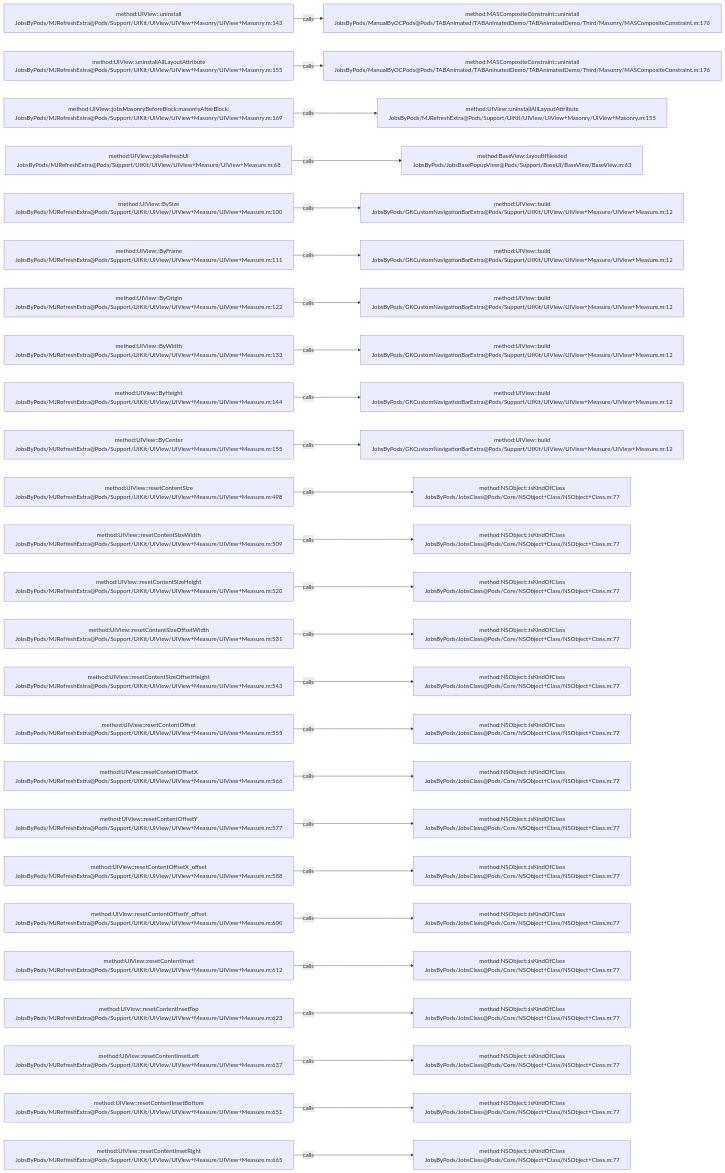
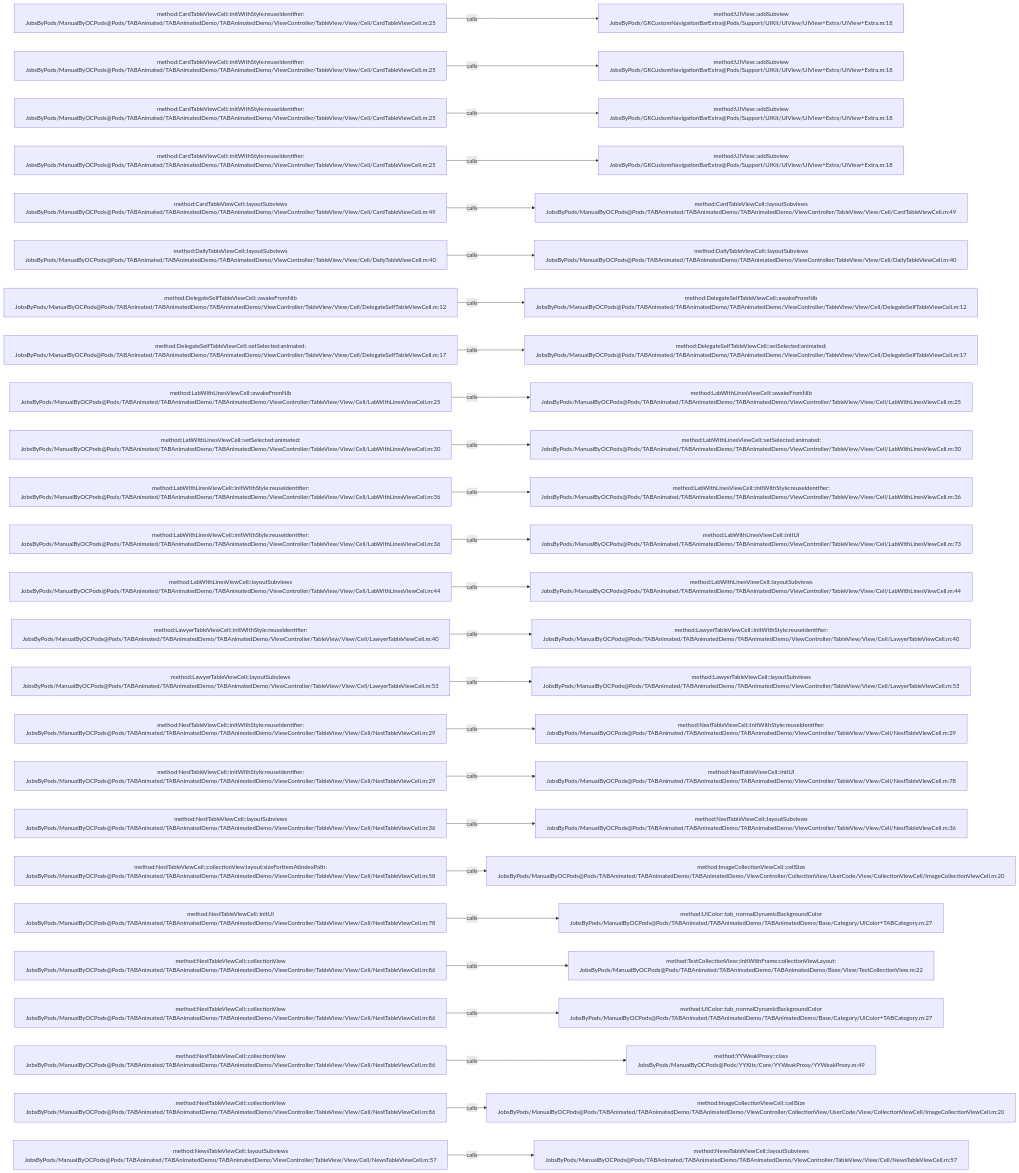
One commit to JobsKits/JobsOCBaseConfigDemo changed the diagram in .codegraph/codegraph.md/graphs/calls-174.md. Above: the diagram before and after it, drawn with Mermaid. The commit also changed 573 other files, not shown here.

````diff
--- a/.codegraph/codegraph.md/graphs/calls-174.md
+++ b/.codegraph/codegraph.md/graphs/calls-174.md
@@ -13,78 +13,78 @@
 ```mermaid
 flowchart LR
-  S1["method:UIView::uninstall<br/>JobsByPods/MJRefreshExtra@Pods/Support/UIKit/UIView/UIView+Masonry/UIView+Masonry.m:143"]
-  T1["method:MASCompositeConstraint::uninstall<br/>JobsByPods/ManualByOCPods@Pods/TABAnimated/TABAnimatedDemo/TABAnimatedDemo/Third/Masonry/MASCompositeConstraint.m:176"]
+  S1["method:CardTableViewCell::initWithStyle:reuseIdentifier:<br/>JobsByPods/ManualByOCPods@Pods/TABAnimated/TABAnimatedDemo/TABAnimatedDemo/ViewController/TableView/View/Cell/CardTableViewCell.m:25"]
+  T1["method:UIView::addSubview<br/>JobsByPods/GKCustomNavigationBarExtra@Pods/Support/UIKit/UIView/UIView+Extra/UIView+Extra.m:18"]
   S1 -->|calls| T1
-  S2["method:UIView::uninstallAllLayoutAttribute<br/>JobsByPods/MJRefreshExtra@Pods/Support/UIKit/UIView/UIView+Masonry/UIView+Masonry.m:155"]
-  T2["method:MASCompositeConstraint::uninstall<br/>JobsByPods/ManualByOCPods@Pods/TABAnimated/TABAnimatedDemo/TABAnimatedDemo/Third/Masonry/MASCompositeConstraint.m:176"]
+  S2["method:CardTableViewCell::initWithStyle:reuseIdentifier:<br/>JobsByPods/ManualByOCPods@Pods/TABAnimated/TABAnimatedDemo/TABAnimatedDemo/ViewController/TableView/View/Cell/CardTableViewCell.m:25"]
+  T2["method:UIView::addSubview<br/>JobsByPods/GKCustomNavigationBarExtra@Pods/Support/UIKit/UIView/UIView+Extra/UIView+Extra.m:18"]
   S2 -->|calls| T2
-  S3["method:UIView::jobsMasonryBeforeBlock:masonryAfterBlock:<br/>JobsByPods/MJRefreshExtra@Pods/Support/UIKit/UIView/UIView+Masonry/UIView+Masonry.m:169"]
-  T3["method:UIView::uninstallAllLayoutAttribute<br/>JobsByPods/MJRefreshExtra@Pods/Support/UIKit/UIView/UIView+Masonry/UIView+Masonry.m:155"]
+  S3["method:CardTableViewCell::initWithStyle:reuseIdentifier:<br/>JobsByPods/ManualByOCPods@Pods/TABAnimated/TABAnimatedDemo/TABAnimatedDemo/ViewController/TableView/View/Cell/CardTableViewCell.m:25"]
+  T3["method:UIView::addSubview<br/>JobsByPods/GKCustomNavigationBarExtra@Pods/Support/UIKit/UIView/UIView+Extra/UIView+Extra.m:18"]
   S3 -->|calls| T3
-  S4["method:UIView::jobsRefreshUI<br/>JobsByPods/MJRefreshExtra@Pods/Support/UIKit/UIView/UIView+Measure/UIView+Measure.m:68"]
-  T4["method:BaseView::layoutIfNeeded<br/>JobsByPods/JobsBasePopupView@Pods/Support/BaseUI/BaseView/BaseView.m:63"]
+  S4["method:CardTableViewCell::initWithStyle:reuseIdentifier:<br/>JobsByPods/ManualByOCPods@Pods/TABAnimated/TABAnimatedDemo/TABAnimatedDemo/ViewController/TableView/View/Cell/CardTableViewCell.m:25"]
+  T4["method:UIView::addSubview<br/>JobsByPods/GKCustomNavigationBarExtra@Pods/Support/UIKit/UIView/UIView+Extra/UIView+Extra.m:18"]
   S4 -->|calls| T4
-  S5["method:UIView::BySize<br/>JobsByPods/MJRefreshExtra@Pods/Support/UIKit/UIView/UIView+Measure/UIView+Measure.m:100"]
-  T5["method:UIView::build<br/>JobsByPods/GKCustomNavigationBarExtra@Pods/Support/UIKit/UIView/UIView+Measure/UIView+Measure.m:12"]
+  S5["method:CardTableViewCell::layoutSubviews<br/>JobsByPods/ManualByOCPods@Pods/TABAnimated/TABAnimatedDemo/TABAnimatedDemo/ViewController/TableView/View/Cell/CardTableViewCell.m:49"]
+  T5["method:CardTableViewCell::layoutSubviews<br/>JobsByPods/ManualByOCPods@Pods/TABAnimated/TABAnimatedDemo/TABAnimatedDemo/ViewController/TableView/View/Cell/CardTableViewCell.m:49"]
   S5 -->|calls| T5
-  S6["method:UIView::ByFrame<br/>JobsByPods/MJRefreshExtra@Pods/Support/UIKit/UIView/UIView+Measure/UIView+Measure.m:111"]
-  T6["method:UIView::build<br/>JobsByPods/GKCustomNavigationBarExtra@Pods/Support/UIKit/UIView/UIView+Measure/UIView+Measure.m:12"]
+  S6["method:DailyTableViewCell::layoutSubviews<br/>JobsByPods/ManualByOCPods@Pods/TABAnimated/TABAnimatedDemo/TABAnimatedDemo/ViewController/TableView/View/Cell/DailyTableViewCell.m:40"]
+  T6["method:DailyTableViewCell::layoutSubviews<br/>JobsByPods/ManualByOCPods@Pods/TABAnimated/TABAnimatedDemo/TABAnimatedDemo/ViewController/TableView/View/Cell/DailyTableViewCell.m:40"]
   S6 -->|calls| T6
-  S7["method:UIView::ByOrigin<br/>JobsByPods/MJRefreshExtra@Pods/Support/UIKit/UIView/UIView+Measure/UIView+Measure.m:122"]
-  T7["method:UIView::build<br/>JobsByPods/GKCustomNavigationBarExtra@Pods/Support/UIKit/UIView/UIView+Measure/UIView+Measure.m:12"]
+  S7["method:DelegateSelfTableViewCell::awakeFromNib<br/>JobsByPods/ManualByOCPods@Pods/TABAnimated/TABAnimatedDemo/TABAnimatedDemo/ViewController/TableView/View/Cell/DelegateSelfTableViewCell.m:12"]
+  T7["method:DelegateSelfTableViewCell::awakeFromNib<br/>JobsByPods/ManualByOCPods@Pods/TABAnimated/TABAnimatedDemo/TABAnimatedDemo/ViewController/TableView/View/Cell/DelegateSelfTableViewCell.m:12"]
   S7 -->|calls| T7
-  S8["method:UIView::ByWidth<br/>JobsByPods/MJRefreshExtra@Pods/Support/UIKit/UIView/UIView+Measure/UIView+Measure.m:133"]
-  T8["method:UIView::build<br/>JobsByPods/GKCustomNavigationBarExtra@Pods/Support/UIKit/UIView/UIView+Measure/UIView+Measure.m:12"]
+  S8["method:DelegateSelfTableViewCell::setSelected:animated:<br/>JobsByPods/ManualByOCPods@Pods/TABAnimated/TABAnimatedDemo/TABAnimatedDemo/ViewController/TableView/View/Cell/DelegateSelfTableViewCell.m:17"]
+  T8["method:DelegateSelfTableViewCell::setSelected:animated:<br/>JobsByPods/ManualByOCPods@Pods/TABAnimated/TABAnimatedDemo/TABAnimatedDemo/ViewController/TableView/View/Cell/DelegateSelfTableViewCell.m:17"]
   S8 -->|calls| T8
-  S9["method:UIView::ByHeight<br/>JobsByPods/MJRefreshExtra@Pods/Support/UIKit/UIView/UIView+Measure/UIView+Measure.m:144"]
-  T9["method:UIView::build<br/>JobsByPods/GKCustomNavigationBarExtra@Pods/Support/UIKit/UIView/UIView+Measure/UIView+Measure.m:12"]
+  S9["method:LabWithLinesViewCell::awakeFromNib<br/>JobsByPods/ManualByOCPods@Pods/TABAnimated/TABAnimatedDemo/TABAnimatedDemo/ViewController/TableView/View/Cell/LabWithLinesViewCell.m:25"]
+  T9["method:LabWithLinesViewCell::awakeFromNib<br/>JobsByPods/ManualByOCPods@Pods/TABAnimated/TABAnimatedDemo/TABAnimatedDemo/ViewController/TableView/View/Cell/LabWithLinesViewCell.m:25"]
   S9 -->|calls| T9
-  S10["method:UIView::ByCenter<br/>JobsByPods/MJRefreshExtra@Pods/Support/UIKit/UIView/UIView+Measure/UIView+Measure.m:155"]
-  T10["method:UIView::build<br/>JobsByPods/GKCustomNavigationBarExtra@Pods/Support/UIKit/UIView/UIView+Measure/UIView+Measure.m:12"]
+  S10["method:LabWithLinesViewCell::setSelected:animated:<br/>JobsByPods/ManualByOCPods@Pods/TABAnimated/TABAnimatedDemo/TABAnimatedDemo/ViewController/TableView/View/Cell/LabWithLinesViewCell.m:30"]
+  T10["method:LabWithLinesViewCell::setSelected:animated:<br/>JobsByPods/ManualByOCPods@Pods/TABAnimated/TABAnimatedDemo/TABAnimatedDemo/ViewController/TableView/View/Cell/LabWithLinesViewCell.m:30"]
   S10 -->|calls| T10
-  S11["method:UIView::resetContentSize<br/>JobsByPods/MJRefreshExtra@Pods/Support/UIKit/UIView/UIView+Measure/UIView+Measure.m:498"]
-  T11["method:NSObject::isKindOfClass<br/>JobsByPods/JobsClass@Pods/Core/NSObject+Class/NSObject+Class.m:77"]
+  S11["method:LabWithLinesViewCell::initWithStyle:reuseIdentifier:<br/>JobsByPods/ManualByOCPods@Pods/TABAnimated/TABAnimatedDemo/TABAnimatedDemo/ViewController/TableView/View/Cell/LabWithLinesViewCell.m:36"]
+  T11["method:LabWithLinesViewCell::initWithStyle:reuseIdentifier:<br/>JobsByPods/ManualByOCPods@Pods/TABAnimated/TABAnimatedDemo/TABAnimatedDemo/ViewController/TableView/View/Cell/LabWithLinesViewCell.m:36"]
   S11 -->|calls| T11
-  S12["method:UIView::resetContentSizeWidth<br/>JobsByPods/MJRefreshExtra@Pods/Support/UIKit/UIView/UIView+Measure/UIView+Measure.m:509"]
-  T12["method:NSObject::isKindOfClass<br/>JobsByPods/JobsClass@Pods/Core/NSObject+Class/NSObject+Class.m:77"]
+  S12["method:LabWithLinesViewCell::initWithStyle:reuseIdentifier:<br/>JobsByPods/ManualByOCPods@Pods/TABAnimated/TABAnimatedDemo/TABAnimatedDemo/ViewController/TableView/View/Cell/LabWithLinesViewCell.m:36"]
+  T12["method:LabWithLinesViewCell::initUI<br/>JobsByPods/ManualByOCPods@Pods/TABAnimated/TABAnimatedDemo/TABAnimatedDemo/ViewController/TableView/View/Cell/LabWithLinesViewCell.m:73"]
   S12 -->|calls| T12
-  S13["method:UIView::resetContentSizeHeight<br/>JobsByPods/MJRefreshExtra@Pods/Support/UIKit/UIView/UIView+Measure/UIView+Measure.m:520"]
-  T13["method:NSObject::isKindOfClass<br/>JobsByPods/JobsClass@Pods/Core/NSObject+Class/NSObject+Class.m:77"]
+  S13["method:LabWithLinesViewCell::layoutSubviews<br/>JobsByPods/ManualByOCPods@Pods/TABAnimated/TABAnimatedDemo/TABAnimatedDemo/ViewController/TableView/View/Cell/LabWithLinesViewCell.m:44"]
+  T13["method:LabWithLinesViewCell::layoutSubviews<br/>JobsByPods/ManualByOCPods@Pods/TABAnimated/TABAnimatedDemo/TABAnimatedDemo/ViewController/TableView/View/Cell/LabWithLinesViewCell.m:44"]
   S13 -->|calls| T13
-  S14["method:UIView::resetContentSizeOffsetWidth<br/>JobsByPods/MJRefreshExtra@Pods/Support/UIKit/UIView/UIView+Measure/UIView+Measure.m:531"]
-  T14["method:NSObject::isKindOfClass<br/>JobsByPods/JobsClass@Pods/Core/NSObject+Class/NSObject+Class.m:77"]
+  S14["method:LawyerTableViewCell::initWithStyle:reuseIdentifier:<br/>JobsByPods/ManualByOCPods@Pods/TABAnimated/TABAnimatedDemo/TABAnimatedDemo/ViewController/TableView/View/Cell/LawyerTableViewCell.m:40"]
+  T14["method:LawyerTableViewCell::initWithStyle:reuseIdentifier:<br/>JobsByPods/ManualByOCPods@Pods/TABAnimated/TABAnimatedDemo/TABAnimatedDemo/ViewController/TableView/View/Cell/LawyerTableViewCell.m:40"]
   S14 -->|calls| T14
-  S15["method:UIView::resetContentSizeOffsetHeight<br/>JobsByPods/MJRefreshExtra@Pods/Support/UIKit/UIView/UIView+Measure/UIView+Measure.m:543"]
-  T15["method:NSObject::isKindOfClass<br/>JobsByPods/JobsClass@Pods/Core/NSObject+Class/NSObject+Class.m:77"]
+  S15["method:LawyerTableViewCell::layoutSubviews<br/>JobsByPods/ManualByOCPods@Pods/TABAnimated/TABAnimatedDemo/TABAnimatedDemo/ViewController/TableView/View/Cell/LawyerTableViewCell.m:53"]
+  T15["method:LawyerTableViewCell::layoutSubviews<br/>JobsByPods/ManualByOCPods@Pods/TABAnimated/TABAnimatedDemo/TABAnimatedDemo/ViewController/TableView/View/Cell/LawyerTableViewCell.m:53"]
   S15 -->|calls| T15
-  S16["method:UIView::resetContentOffset<br/>JobsByPods/MJRefreshExtra@Pods/Support/UIKit/UIView/UIView+Measure/UIView+Measure.m:555"]
-  T16["method:NSObject::isKindOfClass<br/>JobsByPods/JobsClass@Pods/Core/NSObject+Class/NSObject+Class.m:77"]
+  S16["method:NestTableViewCell::initWithStyle:reuseIdentifier:<br/>JobsByPods/ManualByOCPods@Pods/TABAnimated/TABAnimatedDemo/TABAnimatedDemo/ViewController/TableView/View/Cell/NestTableViewCell.m:29"]
+  T16["method:NestTableViewCell::initWithStyle:reuseIdentifier:<br/>JobsByPods/ManualByOCPods@Pods/TABAnimated/TABAnimatedDemo/TABAnimatedDemo/ViewController/TableView/View/Cell/NestTableViewCell.m:29"]
   S16 -->|calls| T16
-  S17["method:UIView::resetContentOffsetX<br/>JobsByPods/MJRefreshExtra@Pods/Support/UIKit/UIView/UIView+Measure/UIView+Measure.m:566"]
-  T17["method:NSObject::isKindOfClass<br/>JobsByPods/JobsClass@Pods/Core/NSObject+Class/NSObject+Class.m:77"]
+  S17["method:NestTableViewCell::initWithStyle:reuseIdentifier:<br/>JobsByPods/ManualByOCPods@Pods/TABAnimated/TABAnimatedDemo/TABAnimatedDemo/ViewController/TableView/View/Cell/NestTableViewCell.m:29"]
+  T17["method:NestTableViewCell::initUI<br/>JobsByPods/ManualByOCPods@Pods/TABAnimated/TABAnimatedDemo/TABAnimatedDemo/ViewController/TableView/View/Cell/NestTableViewCell.m:78"]
   S17 -->|calls| T17
-  S18["method:UIView::resetContentOffsetY<br/>JobsByPods/MJRefreshExtra@Pods/Support/UIKit/UIView/UIView+Measure/UIView+Measure.m:577"]
-  T18["method:NSObject::isKindOfClass<br/>JobsByPods/JobsClass@Pods/Core/NSObject+Class/NSObject+Class.m:77"]
+  S18["method:NestTableViewCell::layoutSubviews<br/>JobsByPods/ManualByOCPods@Pods/TABAnimated/TABAnimatedDemo/TABAnimatedDemo/ViewController/TableView/View/Cell/NestTableViewCell.m:36"]
+  T18["method:NestTableViewCell::layoutSubviews<br/>JobsByPods/ManualByOCPods@Pods/TABAnimated/TABAnimatedDemo/TABAnimatedDemo/ViewController/TableView/View/Cell/NestTableViewCell.m:36"]
   S18 -->|calls| T18
-  S19["method:UIView::resetContentOffsetX_offset<br/>JobsByPods/MJRefreshExtra@Pods/Support/UIKit/UIView/UIView+Measure/UIView+Measure.m:588"]
-  T19["method:NSObject::isKindOfClass<br/>JobsByPods/JobsClass@Pods/Core/NSObject+Class/NSObject+Class.m:77"]
+  S19["method:NestTableViewCell::collectionView:layout:sizeForItemAtIndexPath:<br/>JobsByPods/ManualByOCPods@Pods/TABAnimated/TABAnimatedDemo/TABAnimatedDemo/ViewController/TableView/View/Cell/NestTableViewCell.m:58"]
+  T19["method:ImageCollectionViewCell::cellSize<br/>JobsByPods/ManualByOCPods@Pods/TABAnimated/TABAnimatedDemo/TABAnimatedDemo/ViewController/CollectionView/UserCode/View/CollectionViewCell/ImageCollectionViewCell.m:20"]
   S19 -->|calls| T19
-  S20["method:UIView::resetContentOffsetY_offset<br/>JobsByPods/MJRefreshExtra@Pods/Support/UIKit/UIView/UIView+Measure/UIView+Measure.m:600"]
-  T20["method:NSObject::isKindOfClass<br/>JobsByPods/JobsClass@Pods/Core/NSObject+Class/NSObject+Class.m:77"]
+  S20["method:NestTableViewCell::initUI<br/>JobsByPods/ManualByOCPods@Pods/TABAnimated/TABAnimatedDemo/TABAnimatedDemo/ViewController/TableView/View/Cell/NestTableViewCell.m:78"]
+  T20["method:UIColor::tab_normalDynamicBackgroundColor<br/>JobsByPods/ManualByOCPods@Pods/TABAnimated/TABAnimatedDemo/TABAnimatedDemo/Base/Category/UIColor+TABCategory.m:27"]
   S20 -->|calls| T20
-  S21["method:UIView::resetContentInset<br/>JobsByPods/MJRefreshExtra@Pods/Support/UIKit/UIView/UIView+Measure/UIView+Measure.m:612"]
-  T21["method:NSObject::isKindOfClass<br/>JobsByPods/JobsClass@Pods/Core/NSObject+Class/NSObject+Class.m:77"]
+  S21["method:NestTableViewCell::collectionView<br/>JobsByPods/ManualByOCPods@Pods/TABAnimated/TABAnimatedDemo/TABAnimatedDemo/ViewController/TableView/View/Cell/NestTableViewCell.m:86"]
+  T21["method:TestCollectionView::initWithFrame:collectionViewLayout:<br/>JobsByPods/ManualByOCPods@Pods/TABAnimated/TABAnimatedDemo/TABAnimatedDemo/Base/View/TestCollectionView.m:22"]
   S21 -->|calls| T21
-  S22["method:UIView::resetContentInsetTop<br/>JobsByPods/MJRefreshExtra@Pods/Support/UIKit/UIView/UIView+Measure/UIView+Measure.m:623"]
-  T22["method:NSObject::isKindOfClass<br/>JobsByPods/JobsClass@Pods/Core/NSObject+Class/NSObject+Class.m:77"]
+  S22["method:NestTableViewCell::collectionView<br/>JobsByPods/ManualByOCPods@Pods/TABAnimated/TABAnimatedDemo/TABAnimatedDemo/ViewController/TableView/View/Cell/NestTableViewCell.m:86"]
+  T22["method:UIColor::tab_normalDynamicBackgroundColor<br/>JobsByPods/ManualByOCPods@Pods/TABAnimated/TABAnimatedDemo/TABAnimatedDemo/Base/Category/UIColor+TABCategory.m:27"]
   S22 -->|calls| T22
-  S23["method:UIView::resetContentInsetLeft<br/>JobsByPods/MJRefreshExtra@Pods/Support/UIKit/UIView/UIView+Measure/UIView+Measure.m:637"]
-  T23["method:NSObject::isKindOfClass<br/>JobsByPods/JobsClass@Pods/Core/NSObject+Class/NSObject+Class.m:77"]
+  S23["method:NestTableViewCell::collectionView<br/>JobsByPods/ManualByOCPods@Pods/TABAnimated/TABAnimatedDemo/TABAnimatedDemo/ViewController/TableView/View/Cell/NestTableViewCell.m:86"]
+  T23["method:YYWeakProxy::class<br/>JobsByPods/ManualByOCPods@Pods/YYKits/Core/YYWeakProxy/YYWeakProxy.m:49"]
   S23 -->|calls| T23
-  S24["method:UIView::resetContentInsetBottom<br/>JobsByPods/MJRefreshExtra@Pods/Support/UIKit/UIView/UIView+Measure/UIView+Measure.m:651"]
-  T24["method:NSObject::isKindOfClass<br/>JobsByPods/JobsClass@Pods/Core/NSObject+Class/NSObject+Class.m:77"]
+  S24["method:NestTableViewCell::collectionView<br/>JobsByPods/ManualByOCPods@Pods/TABAnimated/TABAnimatedDemo/TABAnimatedDemo/ViewController/TableView/View/Cell/NestTableViewCell.m:86"]
+  T24["method:ImageCollectionViewCell::cellSize<br/>JobsByPods/ManualByOCPods@Pods/TABAnimated/TABAnimatedDemo/TABAnimatedDemo/ViewController/CollectionView/UserCode/View/CollectionViewCell/ImageCollectionViewCell.m:20"]
   S24 -->|calls| T24
-  S25["method:UIView::resetContentInsetRight<br/>JobsByPods/MJRefreshExtra@Pods/Support/UIKit/UIView/UIView+Measure/UIView+Measure.m:665"]
-  T25["method:NSObject::isKindOfClass<br/>JobsByPods/JobsClass@Pods/Core/NSObject+Class/NSObject+Class.m:77"]
+  S25["method:NewsTableViewCell::layoutSubviews<br/>JobsByPods/ManualByOCPods@Pods/TABAnimated/TABAnimatedDemo/TABAnimatedDemo/ViewController/TableView/View/Cell/NewsTableViewCell.m:57"]
+  T25["method:NewsTableViewCell::layoutSubviews<br/>JobsByPods/ManualByOCPods@Pods/TABAnimated/TABAnimatedDemo/TABAnimatedDemo/ViewController/TableView/View/Cell/NewsTableViewCell.m:57"]
   S25 -->|calls| T25
 ```
````
